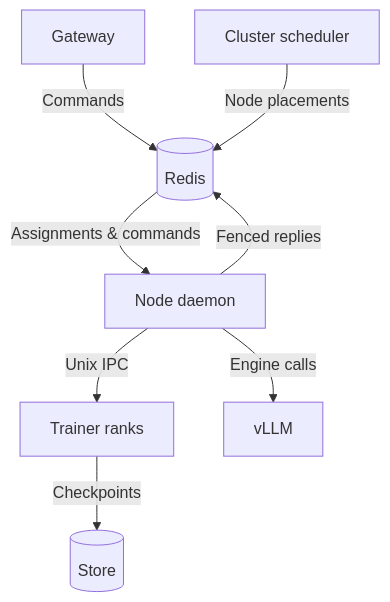
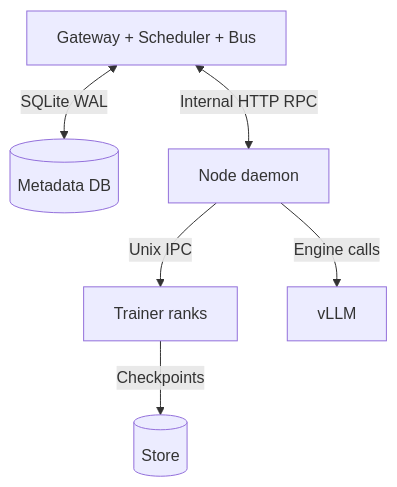
One commit to ShubyM/tiny-open-rl changed the diagram in README.md. Above: the diagram before and after it, drawn with Mermaid. The commit also changed other lines of this file and 30 other files, not shown here.

First line of the commit message:
feat(control): replace Redis with embedded SQLite + RAM Bus and fix PR #127 bugs

````diff
--- a/README.md
+++ b/README.md
@@ -37,10 +35,8 @@
 ```mermaid
 flowchart TD
-  G["Gateway"] -->|Commands| R[("Redis")]
-  S["Cluster scheduler"] -->|Node placements| R
-  R -->|Assignments & commands| N["Node daemon"]
+  G["Gateway + Scheduler + Bus"] <-->|SQLite WAL| D[("Metadata DB")]
+  G <-->|Internal HTTP RPC| N["Node daemon"]
   N -->|Unix IPC| T["Trainer ranks"]
   N -->|Engine calls| V["vLLM"]
   T -->|Checkpoints| C[("Store")]
-  N -->|Fenced replies| R
 ```
````
